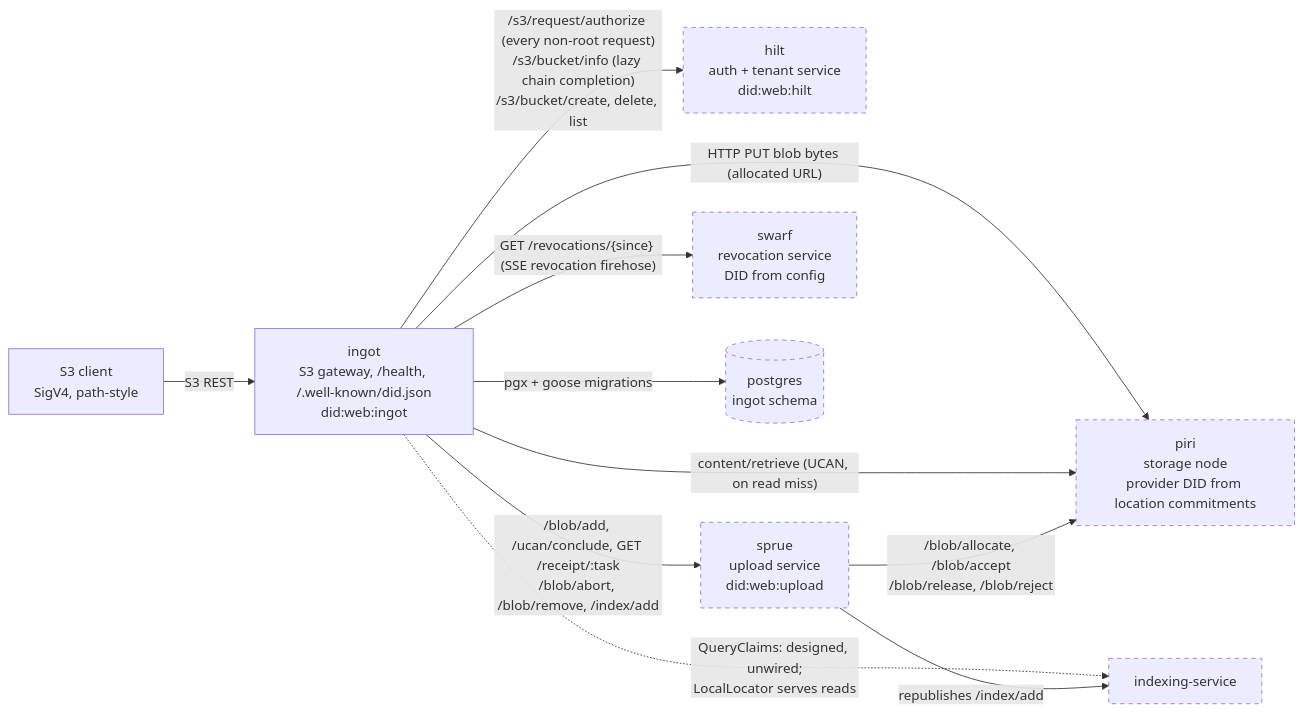
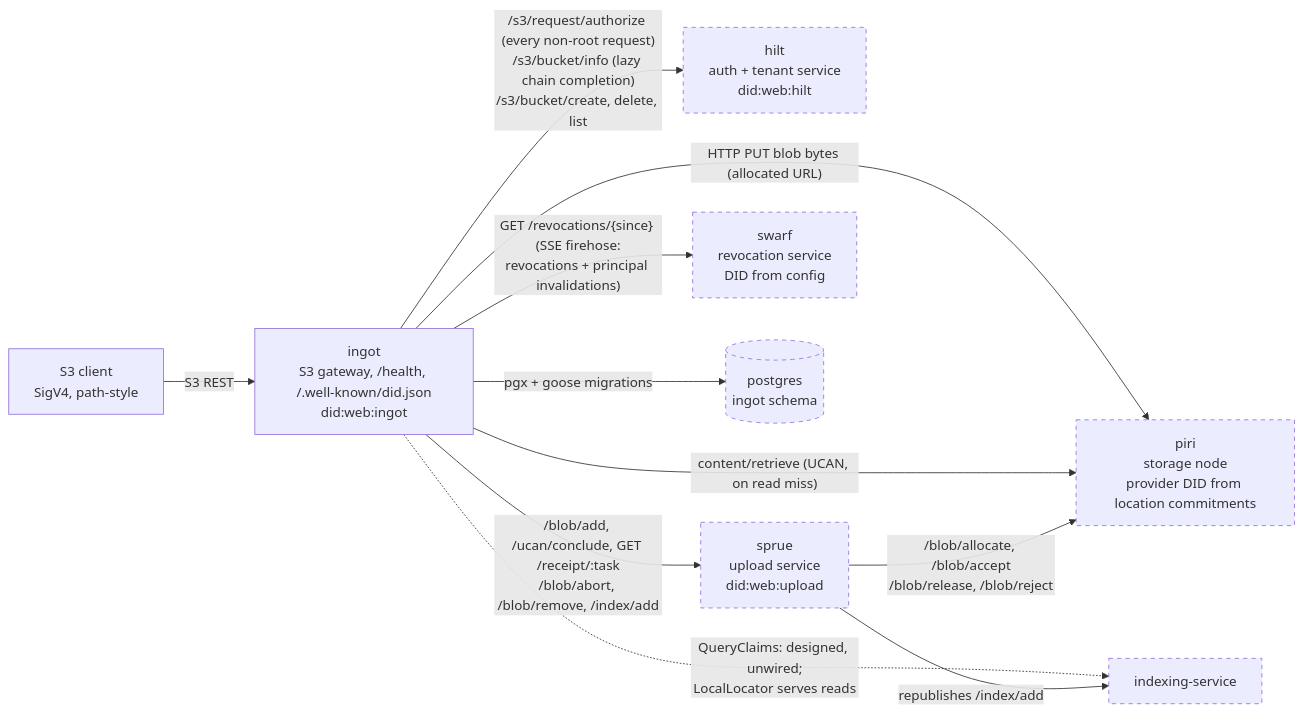
One commit to fil-forge/ingot changed the first of 14 diagrams in docs/diagrams.md. Above: the diagram before and after it, drawn with Mermaid. The commit also changed other lines of this file and 7 other files, not shown here.

First line of the commit message:
feat(iam): stream principal invalidations off the swarf firehose

````diff
--- a/docs/diagrams.md
+++ b/docs/diagrams.md
@@ -46,25 +46,25 @@
 ```mermaid
 flowchart LR
     client["S3 client<br/>SigV4, path-style"]
     ingot["ingot<br/>S3 gateway, /health, /.well-known/did.json<br/>did:web:ingot"]
     hilt["hilt<br/>auth + tenant service<br/>did:web:hilt"]
     sprue["sprue<br/>upload service<br/>did:web:upload"]
     piri["piri<br/>storage node<br/>provider DID from location commitments"]
     swarf["swarf<br/>revocation service<br/>DID from config"]
     pg[("postgres<br/>ingot schema")]
     idx["indexing-service"]
 
     client -->|"S3 REST"| ingot
     ingot -->|"/s3/request/authorize (every non-root request)<br/>/s3/bucket/info (lazy chain completion)<br/>/s3/bucket/create, delete, list"| hilt
     ingot -->|"/blob/add, /ucan/conclude, GET /receipt/:task<br/>/blob/abort, /blob/remove, /index/add"| sprue
     ingot -->|"HTTP PUT blob bytes (allocated URL)"| piri
     ingot -->|"content/retrieve (UCAN, on read miss)"| piri
-    ingot -->|"GET /revocations/{since} (SSE revocation firehose)"| swarf
+    ingot -->|"GET /revocations/{since} (SSE firehose:<br/>revocations + principal invalidations)"| swarf
     ingot -->|"pgx + goose migrations"| pg
     ingot -.->|"QueryClaims: designed, unwired;<br/>LocalLocator serves reads"| idx
     sprue -->|"/blob/allocate, /blob/accept<br/>/blob/release, /blob/reject"| piri
     sprue -->|"republishes /index/add"| idx
 
     classDef external stroke-dasharray: 5 5
     class hilt,sprue,piri,swarf,pg,idx external
 ```
````
